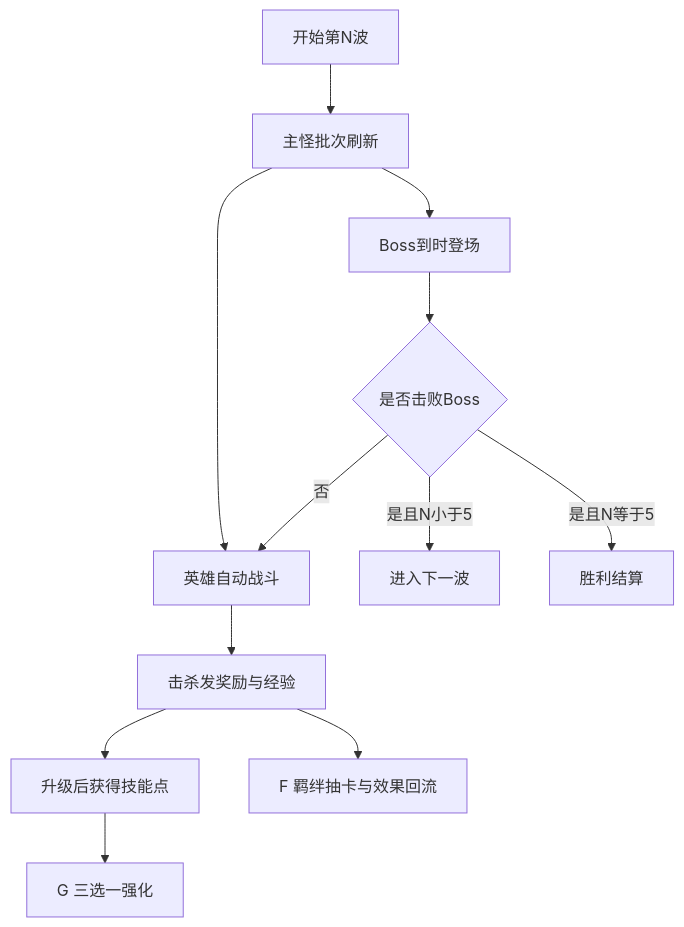
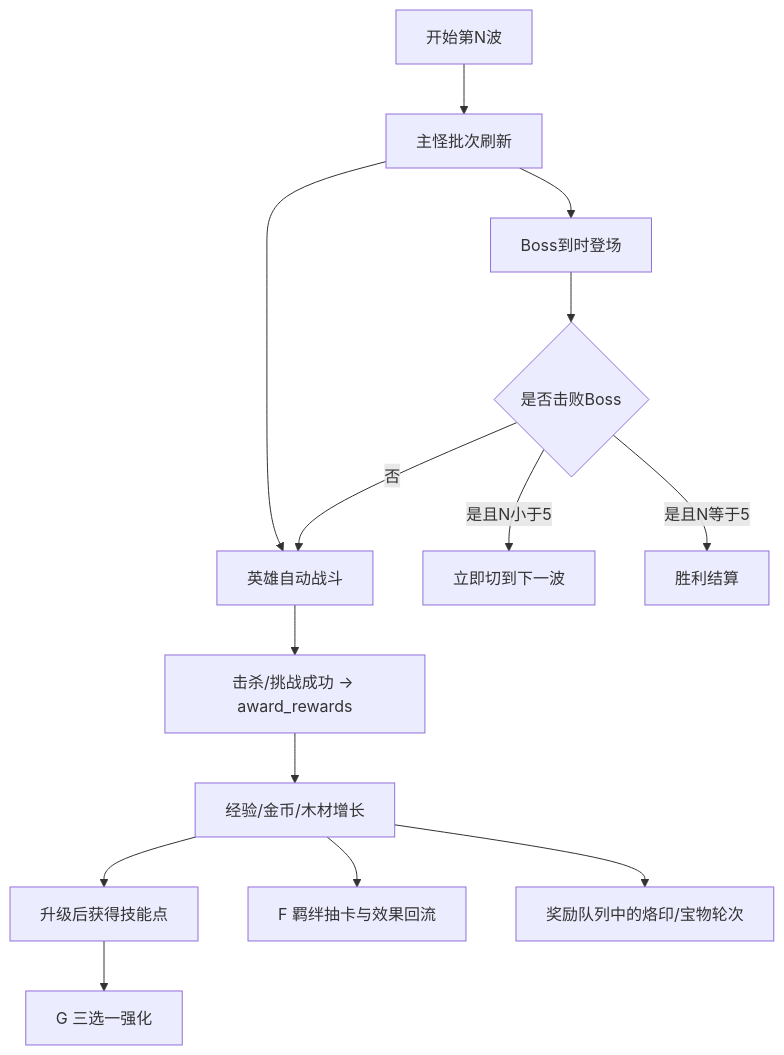
The third of 4 diagrams in maps/EntryMap/script/docs/项目模块/99-流程图/整体游戏流程图.md (WindXRan/y3td), drawn with Mermaid before and after one commit. The commit also changed other lines of this file and 18 other files, not shown here.

````diff
--- a/maps/EntryMap/script/docs/项目模块/99-流程图/整体游戏流程图.md
+++ b/maps/EntryMap/script/docs/项目模块/99-流程图/整体游戏流程图.md
@@ -51,14 +53,16 @@
 ```mermaid
 flowchart TD
     A[开始第N波] --> B[主怪批次刷新]
     B --> C[英雄自动战斗]
-    C --> D[击杀发奖励与经验]
-    D --> E[升级后获得技能点]
-    E --> F[G 三选一强化]
-    D --> G[F 羁绊抽卡与效果回流]
-    B --> H[Boss到时登场]
-    H --> I{是否击败Boss}
-    I -- 否 --> C
-    I -- 是且N小于5 --> J[进入下一波]
-    I -- 是且N等于5 --> K[胜利结算]
+    C --> D[击杀/挑战成功 -> award_rewards]
+    D --> E[经验/金币/木材增长]
+    E --> F[升级后获得技能点]
+    F --> G[G 三选一强化]
+    E --> H[F 羁绊抽卡与效果回流]
+    E --> I[奖励队列中的烙印/宝物轮次]
+    B --> J[Boss到时登场]
+    J --> K{是否击败Boss}
+    K -- 否 --> C
+    K -- 是且N小于5 --> L[立即切到下一波]
+    K -- 是且N等于5 --> M[胜利结算]
 ```
````
